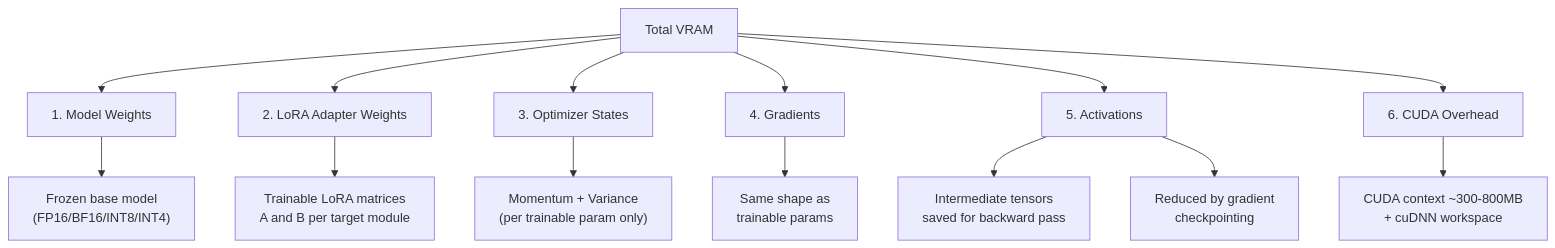
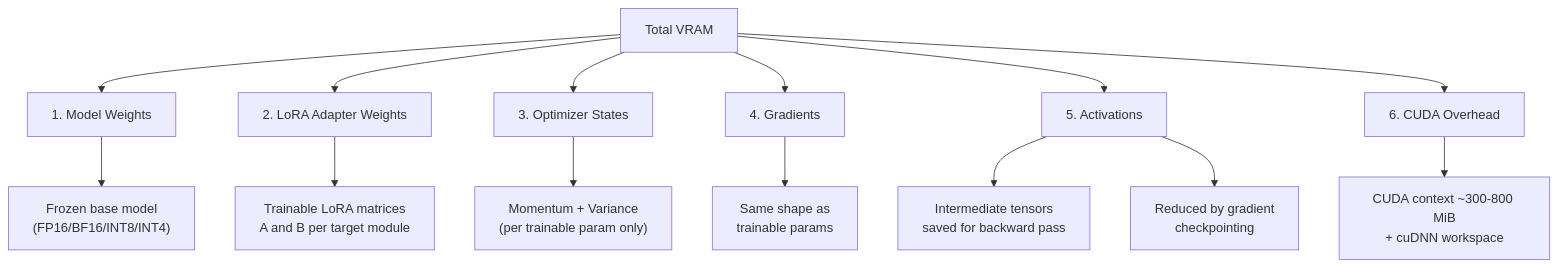
One commit to Anassbzdd/fitcheck changed the diagram in docs/Blueprint.md. Above: the diagram before and after it, drawn with Mermaid. The commit also changed other lines of this file and 2 other files, not shown here.

````diff
--- a/docs/Blueprint.md
+++ b/docs/Blueprint.md
@@ -122,17 +127,17 @@
 ```mermaid
 graph TD
     A["Total VRAM"] --> B["1. Model Weights"]
     A --> C["2. LoRA Adapter Weights"]
     A --> D["3. Optimizer States"]
     A --> E["4. Gradients"]
     A --> F["5. Activations"]
     A --> G["6. CUDA Overhead"]
 
     B --> B1["Frozen base model<br/>(FP16/BF16/INT8/INT4)"]
     C --> C1["Trainable LoRA matrices<br/>A and B per target module"]
     D --> D1["Momentum + Variance<br/>(per trainable param only)"]
     E --> E1["Same shape as<br/>trainable params"]
     F --> F1["Intermediate tensors<br/>saved for backward pass"]
     F --> F2["Reduced by gradient<br/>checkpointing"]
-    G --> G1["CUDA context ~300-800MB<br/>+ cuDNN workspace"]
+    G --> G1["CUDA context ~300-800 MiB<br/>+ cuDNN workspace"]
 ```
````
